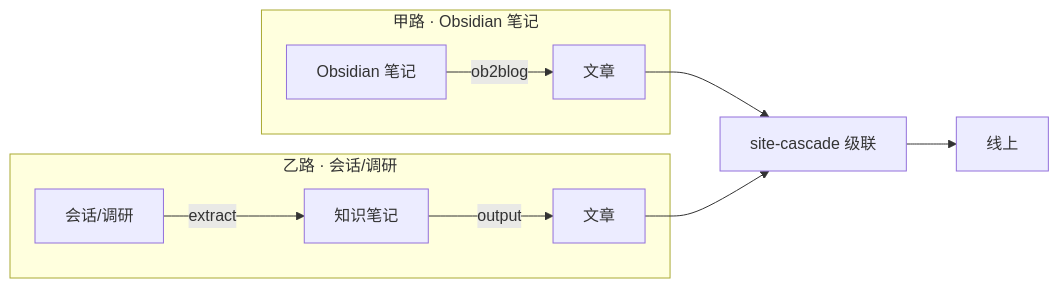
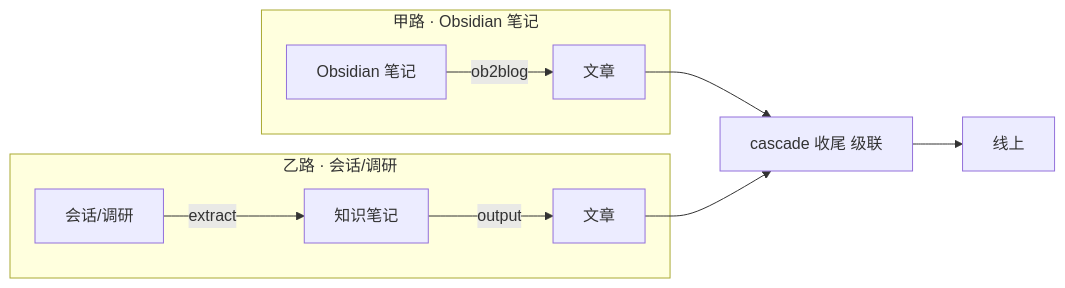
One commit to Aafff623/fork-Firefly changed the third of 4 diagrams in src/content/posts/claude-code-handbook/index.md. Above: the diagram before and after it, drawn with Mermaid. The commit also changed other lines of this file and 4 other files, not shown here.

````diff
--- a/src/content/posts/claude-code-handbook/index.md
+++ b/src/content/posts/claude-code-handbook/index.md
@@ -1842,13 +1842,13 @@
 ```mermaid
 flowchart LR
     subgraph 甲[甲路 · Obsidian 笔记]
         V[Obsidian 笔记] -->|ob2blog| PA[文章]
     end
     subgraph 乙[乙路 · 会话/调研]
         C[会话/调研] -->|extract| N[知识笔记]
         N -->|output| PB[文章]
     end
-    PA --> SC[site-cascade 级联]
+    PA --> SC[cascade 收尾 级联]
     PB --> SC
     SC --> O[线上]
 ```
````
